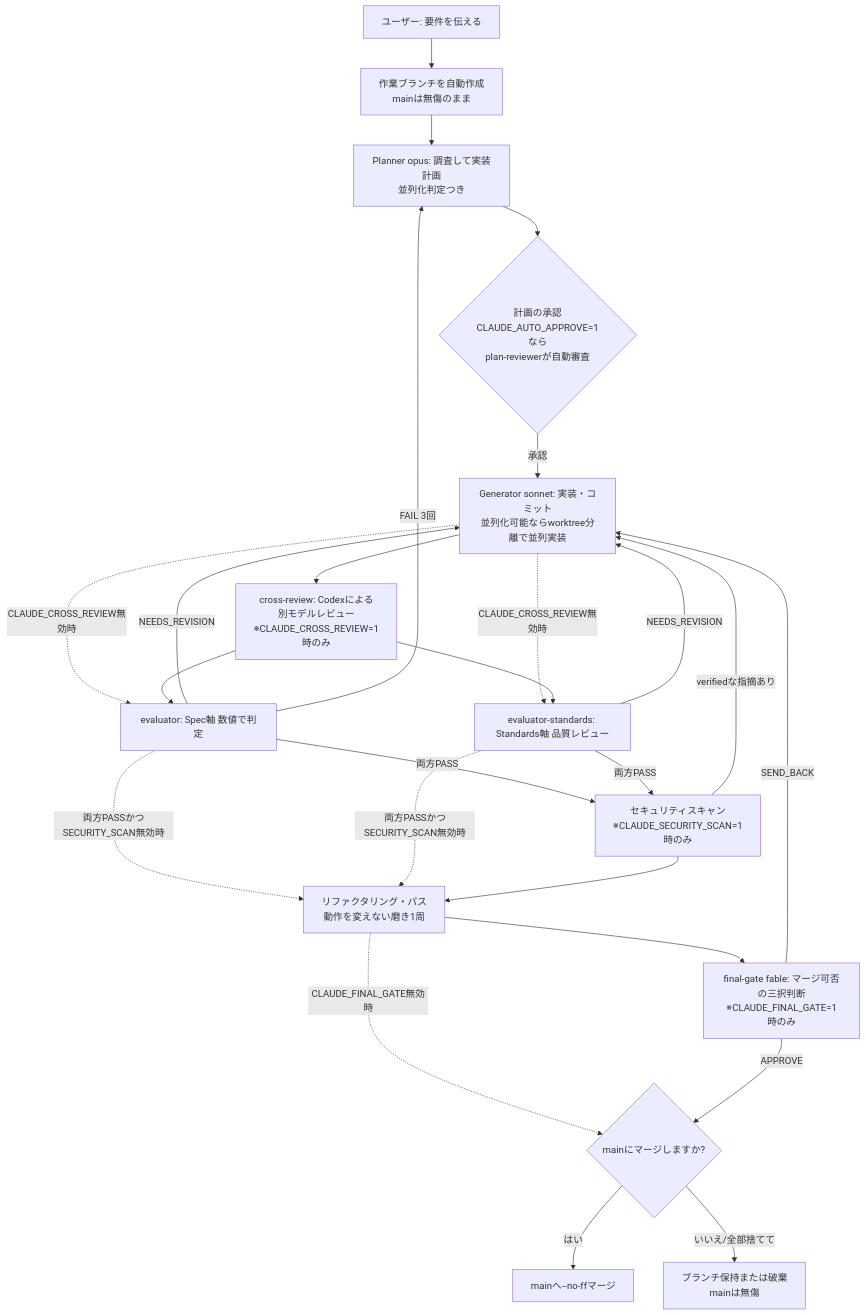
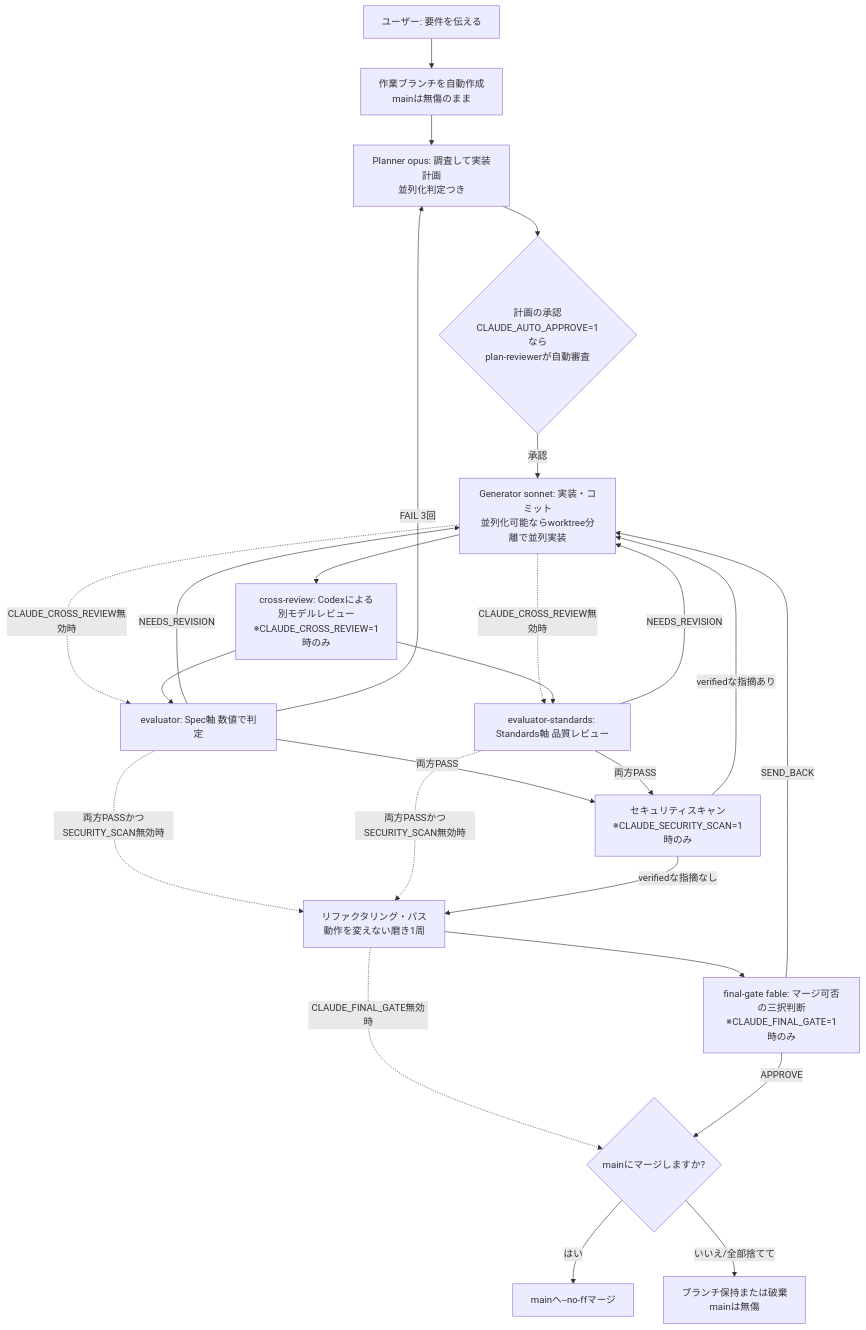
The first of 2 diagrams in README.md (takayoshitoyoda05/claude-ml-template), drawn with Mermaid before and after one commit. The commit also changed other lines of this file and 2 other files, not shown here.

Commit message:
fix(step 2,4,7,8): レビュー指摘5件を修正(成果物パス統一・コスト表記・図ラベル・CHANGELOG順序・注記の前方参照)

````diff
--- a/README.md
+++ b/README.md
@@ -7,24 +7,24 @@
 ```mermaid
 flowchart TD
     A[ユーザー: 要件を伝える] --> BR[作業ブランチを自動作成<br>mainは無傷のまま]
     BR --> B[Planner opus: 調査して実装計画<br>並列化判定つき]
     B --> C{計画の承認<br>CLAUDE_AUTO_APPROVE=1なら<br>plan-reviewerが自動審査}
     C -->|承認| D[Generator sonnet: 実装・コミット<br>並列化可能ならworktree分離で並列実装]
     D --> X[cross-review: Codexによる<br>別モデルレビュー<br>※CLAUDE_CROSS_REVIEW=1時のみ]
     D -.->|CLAUDE_CROSS_REVIEW無効時| E
     D -.->|CLAUDE_CROSS_REVIEW無効時| F
     X --> E[evaluator: Spec軸 数値で判定]
     X --> F[evaluator-standards: Standards軸 品質レビュー]
     E & F -->|両方PASS| AD[セキュリティスキャン<br>※CLAUDE_SECURITY_SCAN=1時のみ]
     E & F -->|NEEDS_REVISION| D
     E -->|FAIL 3回| B
     E & F -.->|両方PASSかつSECURITY_SCAN無効時| P
-    AD --> P[リファクタリング・パス<br>動作を変えない磨き1周]
+    AD -->|verifiedな指摘なし| P[リファクタリング・パス<br>動作を変えない磨き1周]
     AD -->|verifiedな指摘あり| D
     P --> FG[final-gate fable: マージ可否の三択判断<br>※CLAUDE_FINAL_GATE=1時のみ]
     P -.->|CLAUDE_FINAL_GATE無効時| M
     FG -->|APPROVE| M{mainにマージしますか?}
     FG -->|SEND_BACK| D
     M -->|はい| G[mainへ--no-ffマージ]
     M -->|いいえ/全部捨てて| K[ブランチ保持または破棄<br>mainは無傷]
 ```
````
